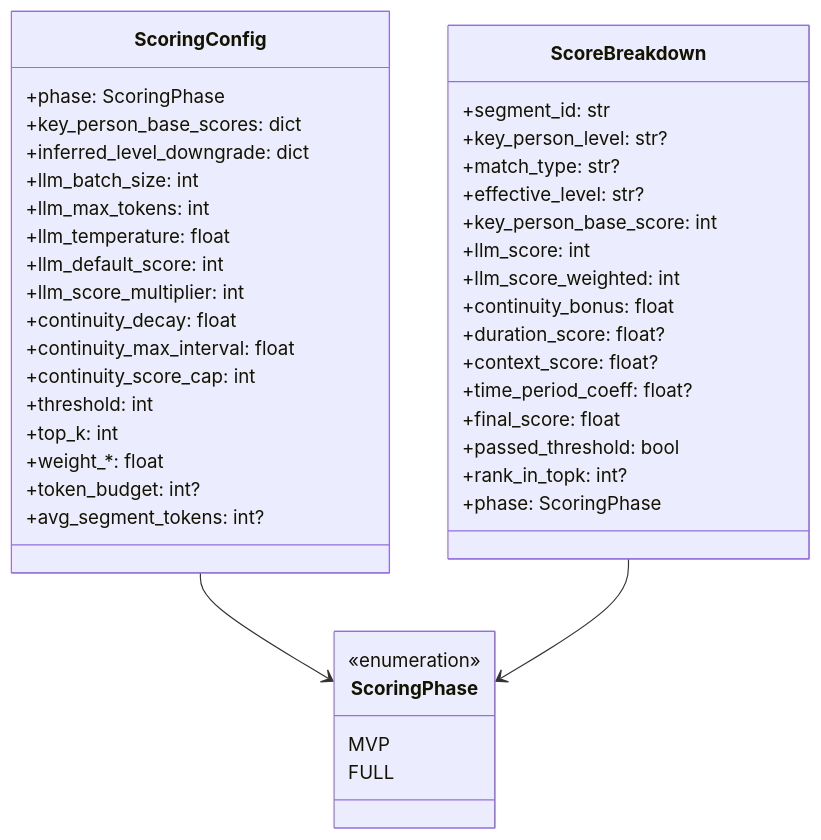
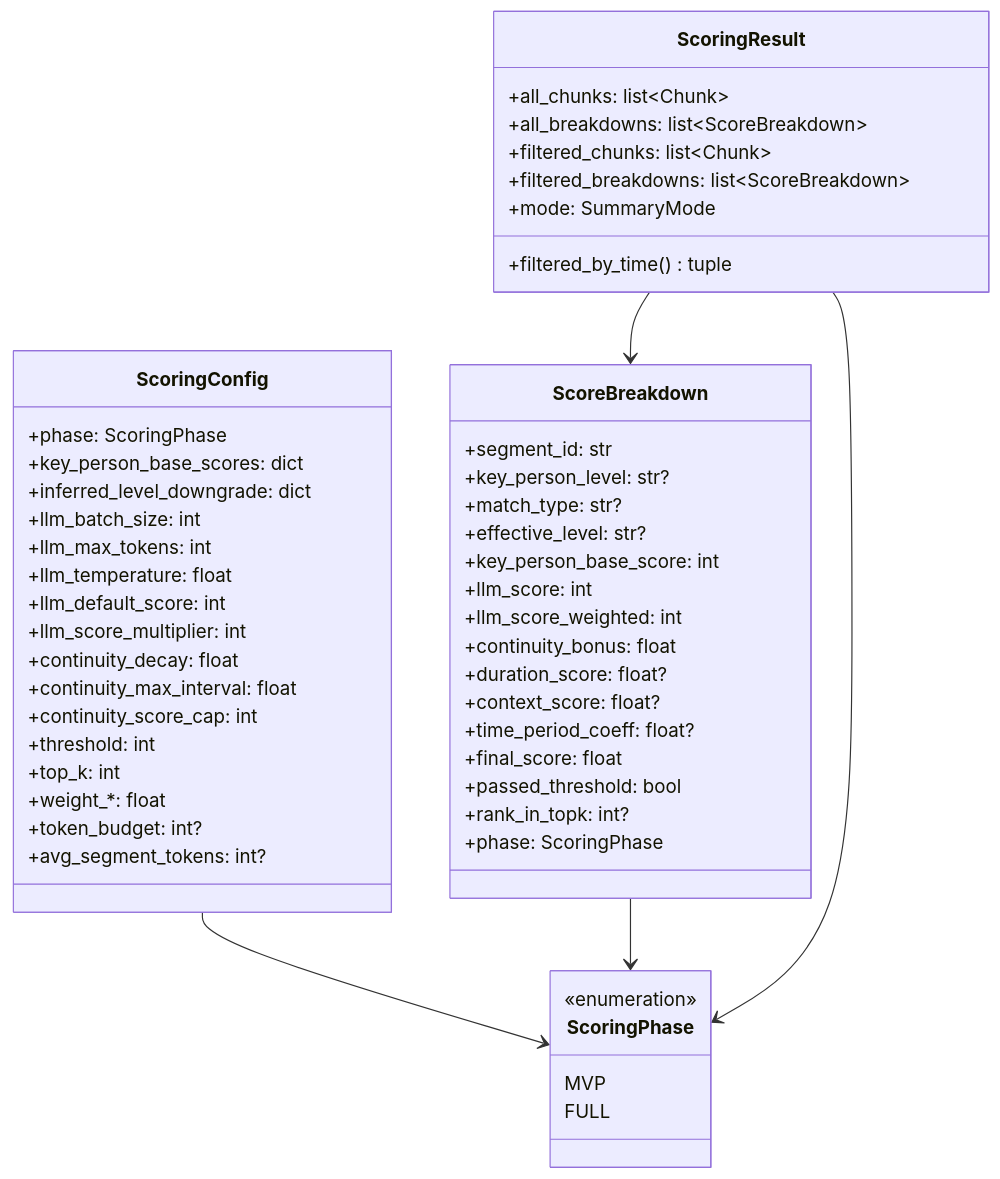
One commit to SherlockHao/summary-pipeline changed the first of 7 diagrams in docs/sections/arch_module3_scoring.md. Above: the diagram before and after it, drawn with Mermaid. The commit also changed other lines of this file and 8 other files, not shown here.

````diff
--- a/docs/sections/arch_module3_scoring.md
+++ b/docs/sections/arch_module3_scoring.md
@@ -136,48 +229,59 @@
 ```mermaid
 classDiagram
     class ScoringPhase {
         <<enumeration>>
         MVP
         FULL
     }
 
     class ScoringConfig {
         +phase: ScoringPhase
         +key_person_base_scores: dict
         +inferred_level_downgrade: dict
         +llm_batch_size: int
         +llm_max_tokens: int
         +llm_temperature: float
         +llm_default_score: int
         +llm_score_multiplier: int
         +continuity_decay: float
         +continuity_max_interval: float
         +continuity_score_cap: int
         +threshold: int
         +top_k: int
         +weight_*: float
         +token_budget: int?
         +avg_segment_tokens: int?
     }
 
     class ScoreBreakdown {
         +segment_id: str
         +key_person_level: str?
         +match_type: str?
         +effective_level: str?
         +key_person_base_score: int
         +llm_score: int
         +llm_score_weighted: int
         +continuity_bonus: float
         +duration_score: float?
         +context_score: float?
         +time_period_coeff: float?
         +final_score: float
         +passed_threshold: bool
         +rank_in_topk: int?
         +phase: ScoringPhase
     }
 
+    class ScoringResult {
+        +all_chunks: list~Chunk~
+        +all_breakdowns: list~ScoreBreakdown~
+        +filtered_chunks: list~Chunk~
+        +filtered_breakdowns: list~ScoreBreakdown~
+        +mode: SummaryMode
+        +filtered_by_time() tuple
+    }
+
     ScoringConfig --> ScoringPhase
     ScoreBreakdown --> ScoringPhase
+    ScoringResult --> ScoreBreakdown
+    ScoringResult --> ScoringPhase
 ```
````
